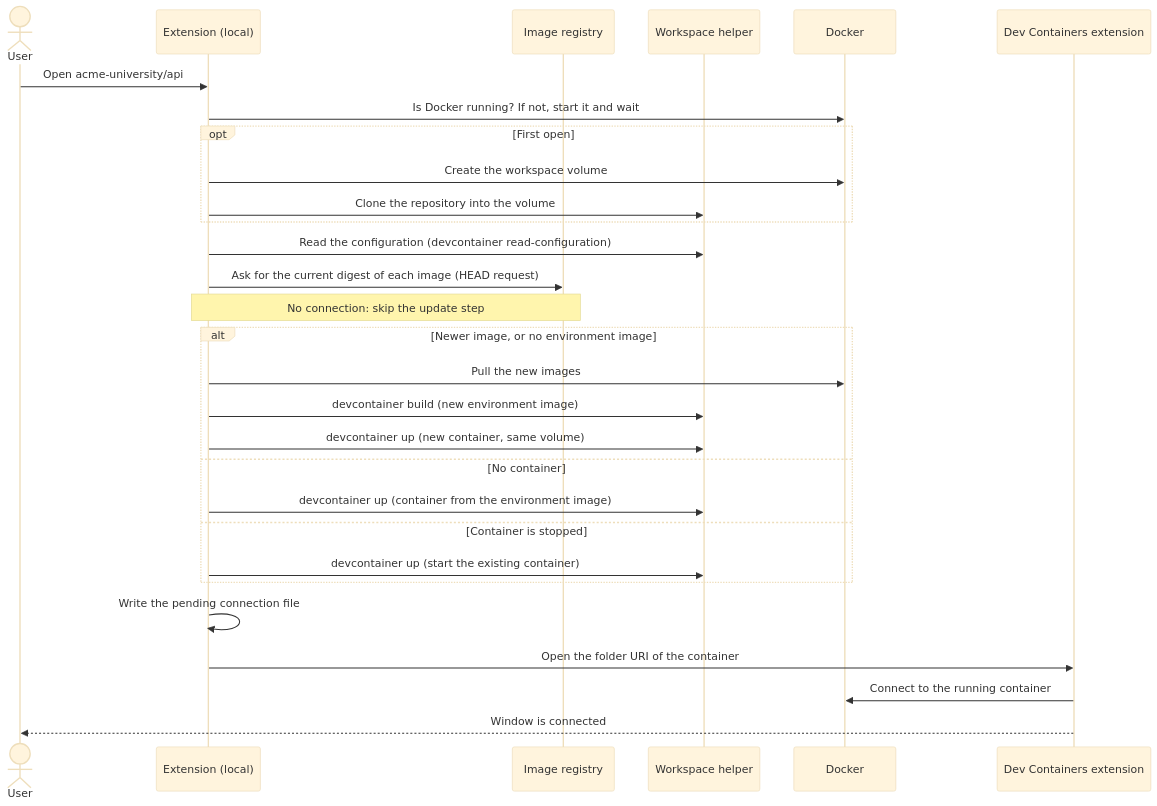
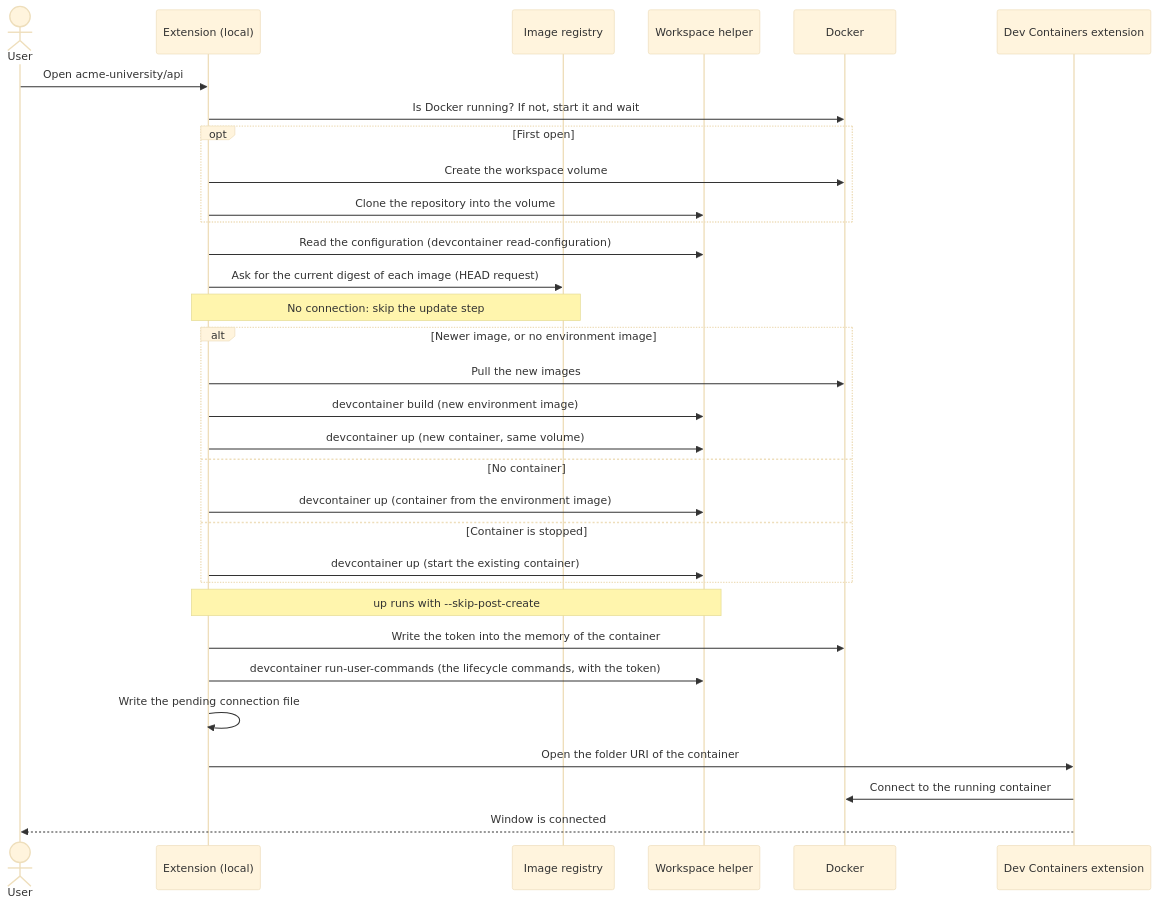
One commit to nimblescape/vscode-dev-environments changed the second of 3 diagrams in docs/vscode-dev-environments.md. Above: the diagram before and after it, drawn with Mermaid (base theme). The commit also changed other lines of this file and 14 other files, not shown here.

First line of the commit message:
Give the lifecycle commands the token: write it before run-user-commands (#37)

````diff
--- a/docs/vscode-dev-environments.md
+++ b/docs/vscode-dev-environments.md
@@ -536,32 +536,35 @@
 ```mermaid
 sequenceDiagram
   actor U as User
   participant X as Extension (local)
   participant R as Image registry
   participant H as Workspace helper
   participant D as Docker
   participant DC as Dev Containers extension
 
   U->>X: Open acme-university/api
   X->>D: Is Docker running? If not, start it and wait
   opt First open
     X->>D: Create the workspace volume
     X->>H: Clone the repository into the volume
   end
   X->>H: Read the configuration (devcontainer read-configuration)
   X->>R: Ask for the current digest of each image (HEAD request)
   Note over X,R: No connection: skip the update step
   alt Newer image, or no environment image
     X->>D: Pull the new images
     X->>H: devcontainer build (new environment image)
     X->>H: devcontainer up (new container, same volume)
   else No container
     X->>H: devcontainer up (container from the environment image)
   else Container is stopped
     X->>H: devcontainer up (start the existing container)
   end
+  Note over X,H: up runs with --skip-post-create
+  X->>D: Write the token into the memory of the container
+  X->>H: devcontainer run-user-commands (the lifecycle commands, with the token)
   X->>X: Write the pending connection file
   X->>DC: Open the folder URI of the container
   DC->>D: Connect to the running container
   DC-->>U: Window is connected
 ```
````
